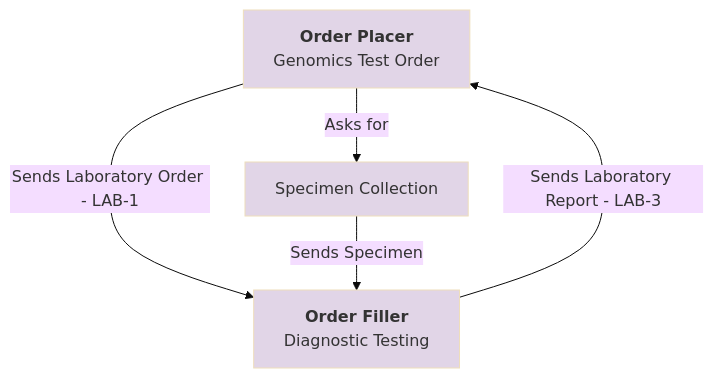
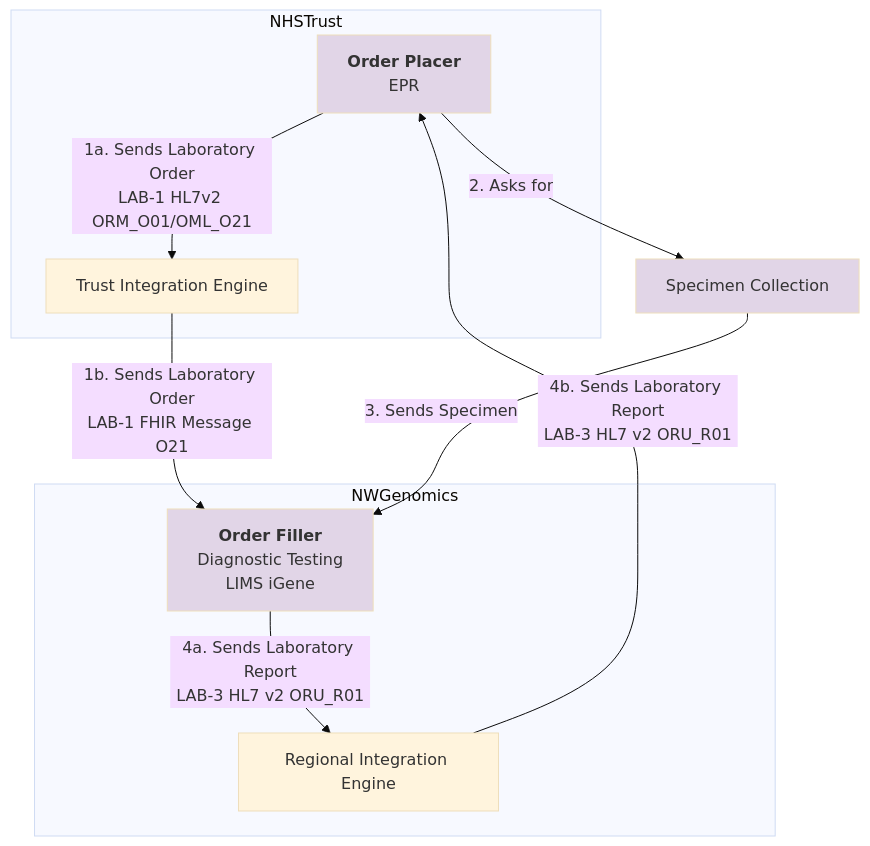
One commit to uk-gov-mirror/nw-gmsa.nw-gmsa.github.com changed the second of 5 diagrams in input/pagecontent/introduction.md. Above: the diagram before and after it, drawn with Mermaid (base theme). The commit also changed other lines of this file, not shown here.

````diff
--- a/input/pagecontent/introduction.md
+++ b/input/pagecontent/introduction.md
@@ -58,29 +57,34 @@
 ```mermaid
 graph TD;
 
-
-    T[<b>Order Placer</b><br/>Genomics Test Order]--> |"Sends Laboratory Order - LAB-1"| AN;
-    T --> |Asks for| S
-    S[Specimen Collection] --> |Sends Specimen| AN;
-    AN["<b>Order Filler</b><br/>Diagnostic Testing"] --> |Sends Laboratory Report - LAB-3| T;
-
+    subgraph NHSTrust
+        T[<b>Order Placer</b><br/>EPR]--> |"1a. Sends Laboratory Order<br>LAB-1 HL7v2 ORM_O01/OML_O21"| TIE;
+        TIE[Trust Integration Engine] 
+    end
+    TIE --> |"1b. Sends Laboratory Order<br>LAB-1 FHIR Message O21"| AN;
+    T --> |2. Asks for| S
+    S[Specimen Collection] --> |3. Sends Specimen| AN;
+    subgraph NWGenomics
+        AN["<b>Order Filler</b><br/>Diagnostic Testing<br/>LIMS iGene"] --> |4a. Sends Laboratory Report<br/>LAB-3 HL7 v2 ORU_R01| RIE;
+        RIE[Regional Integration Engine] --> |4b. Sends Laboratory Report<br/>LAB-3 HL7 v2 ORU_R01| T;
+    end 
     click T Questionnaire-GenomicTestOrder.html
     click AN Questionnaire-GenomicTestReport.html
     click S ExampleScenario-BiopsyProcedure.html
 
     classDef purple fill:#E1D5E7;
 
     classDef yellow fill:#FFF2CC;
     classDef pink fill:#F8CECC
     classDef green fill:#D5E8D4;
     classDef blue fill:#DAE8FC;
     classDef orange fill:#FFE6CC;
 
     class A pink
     class B yellow
     class C green
     class D blue
     class E orange
 
     class O,S,T,AN purple
 ```
````
